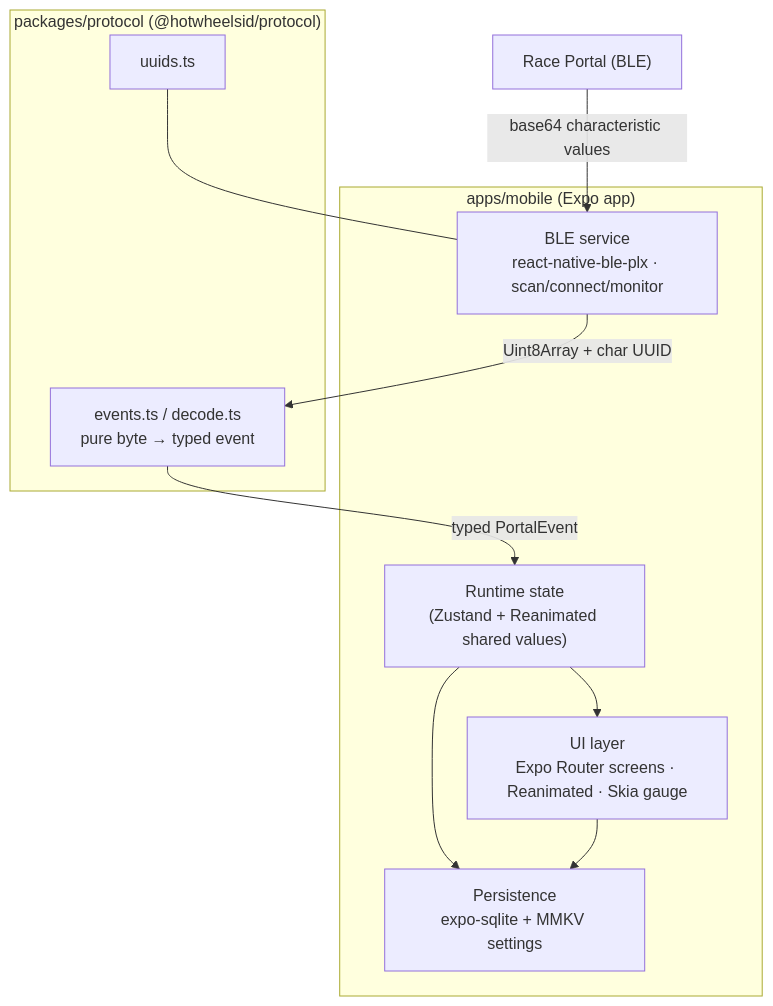
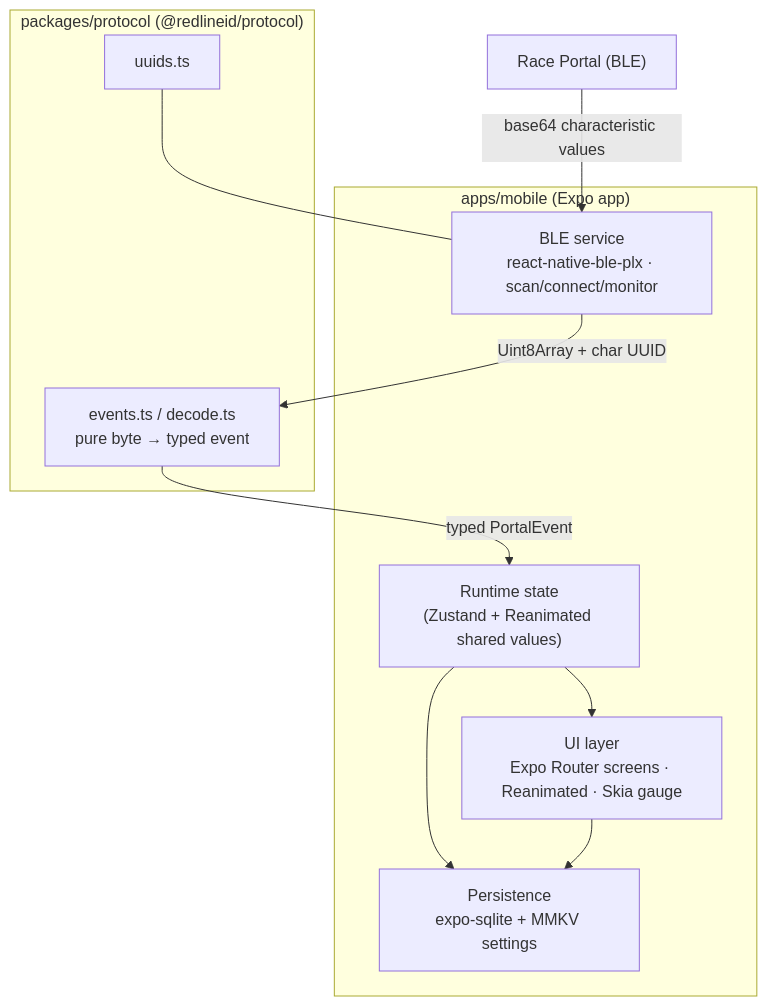
Before and after one commit to burkben/HotWheelsID: the second of 3 diagrams in docs/architecture/README.md, drawn with Mermaid. The commit also changed other lines of this file and 29 other files, not shown here.

First line of the commit message:
Rename protocol package to @redlineid/protocol and rebrand README front door

````diff
--- a/docs/architecture/README.md
+++ b/docs/architecture/README.md
@@ -42,24 +42,24 @@
 ```mermaid
 flowchart TB
     subgraph mobile["apps/mobile (Expo app)"]
         UI["UI layer<br/>Expo Router screens · Reanimated · Skia gauge"]
         Store["Runtime state<br/>(Zustand + Reanimated shared values)"]
         BLE["BLE service<br/>react-native-ble-plx · scan/connect/monitor"]
         Persist["Persistence<br/>expo-sqlite + MMKV settings"]
     end
 
-    subgraph pkg["packages/protocol (@hotwheelsid/protocol)"]
+    subgraph pkg["packages/protocol (@redlineid/protocol)"]
         UUIDs["uuids.ts"]
         Parse["events.ts / decode.ts<br/>pure byte → typed event"]
     end
 
     Portal["Race Portal (BLE)"]
 
     Portal -- "base64 characteristic values" --> BLE
     BLE -- "Uint8Array + char UUID" --> Parse
     Parse -- "typed PortalEvent" --> Store
     UUIDs --- BLE
     Store --> UI
     Store --> Persist
     UI --> Persist
 ```
````
